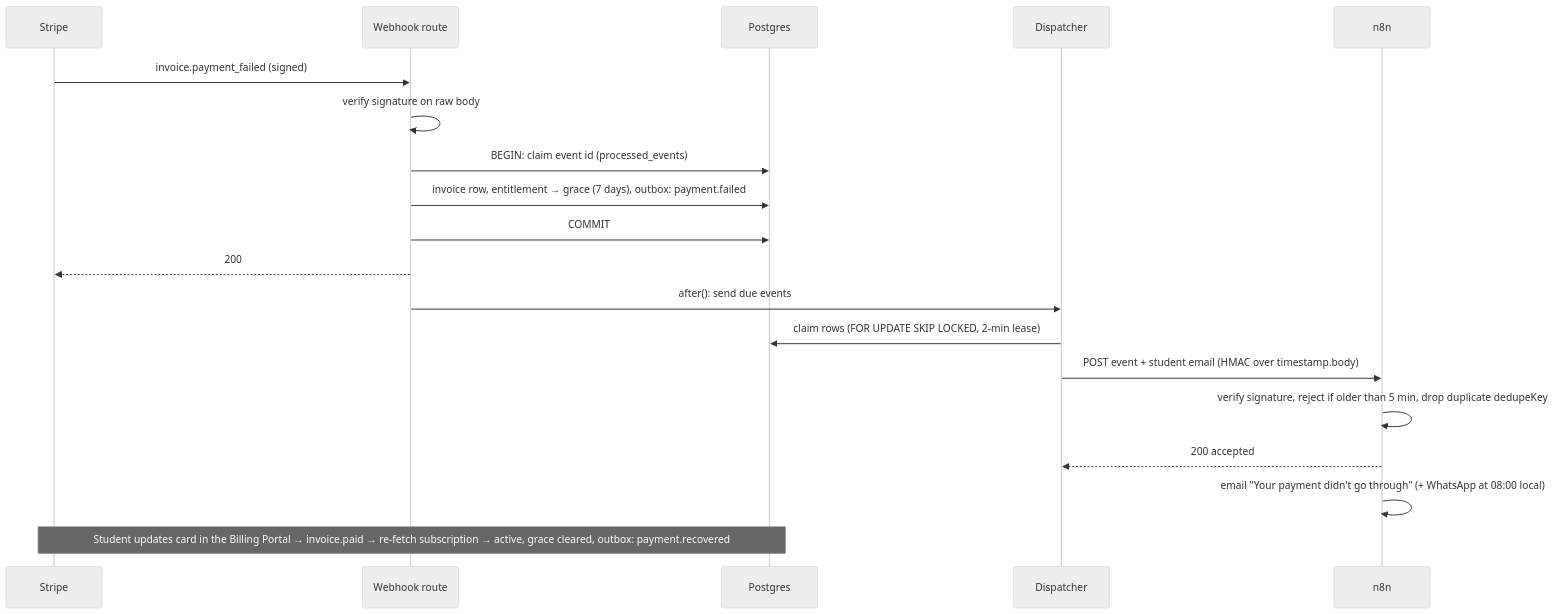
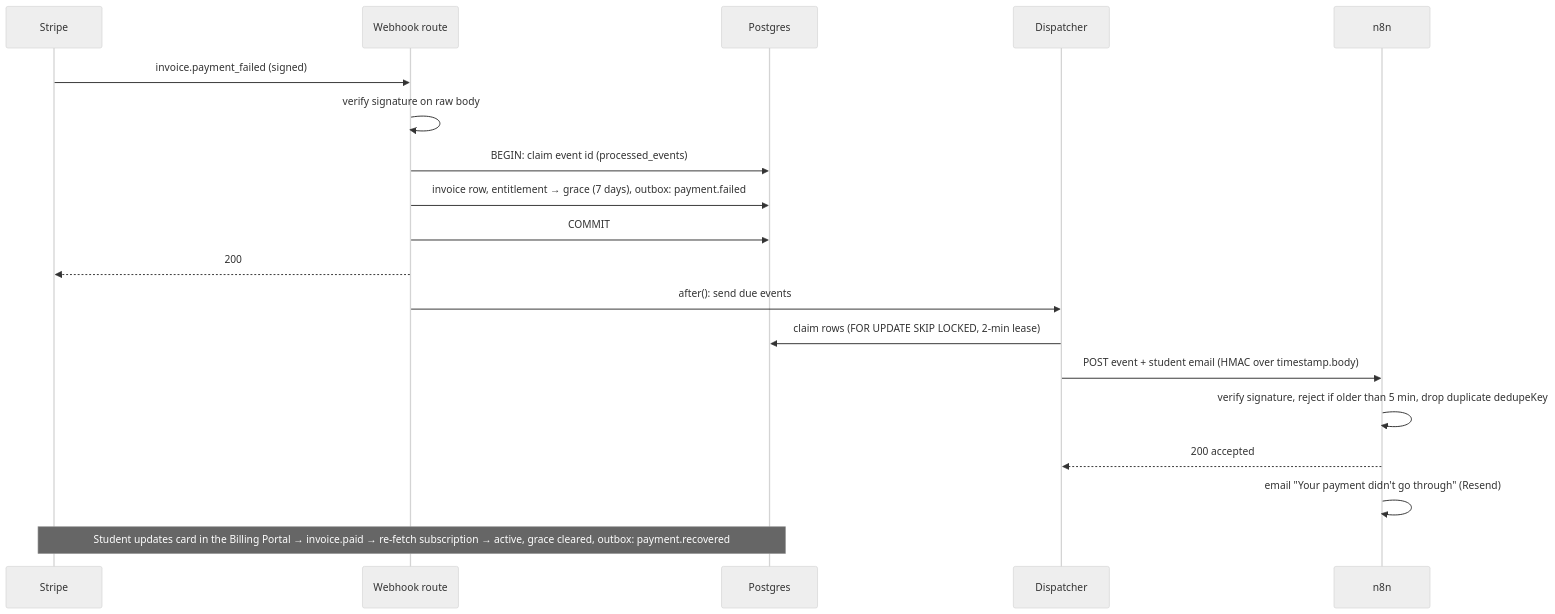
One commit to jasirjaleel/academy-access-engine changed the third of 3 diagrams in README.md. Above: the diagram before and after it, drawn with Mermaid (neutral theme). The commit also changed other lines of this file and 5 other files, not shown here.

First line of the commit message:
n8n workflows: run on built-in nodes with no server settings; drop WhatsApp

````diff
--- a/README.md
+++ b/README.md
@@ -88,21 +87,21 @@
 ```mermaid
 sequenceDiagram
   participant S as Stripe
   participant W as Webhook route
   participant DB as Postgres
   participant D as Dispatcher
   participant N as n8n
   S->>W: invoice.payment_failed (signed)
   W->>W: verify signature on raw body
   W->>DB: BEGIN: claim event id (processed_events)
   W->>DB: invoice row, entitlement → grace (7 days), outbox: payment.failed
   W->>DB: COMMIT
   W-->>S: 200
   W->>D: after(): send due events
   D->>DB: claim rows (FOR UPDATE SKIP LOCKED, 2-min lease)
   D->>N: POST event + student email (HMAC over timestamp.body)
   N->>N: verify signature, reject if older than 5 min, drop duplicate dedupeKey
   N-->>D: 200 accepted
-  N->>N: email "Your payment didn't go through" (+ WhatsApp at 08:00 local)
+  N->>N: email "Your payment didn't go through" (Resend)
   Note over S,DB: Student updates card in the Billing Portal → invoice.paid → re-fetch subscription → active, grace cleared, outbox: payment.recovered
 ```
````
